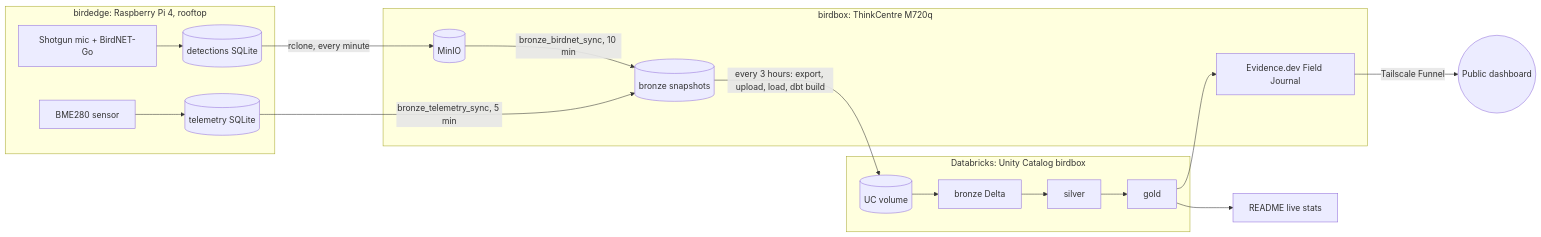
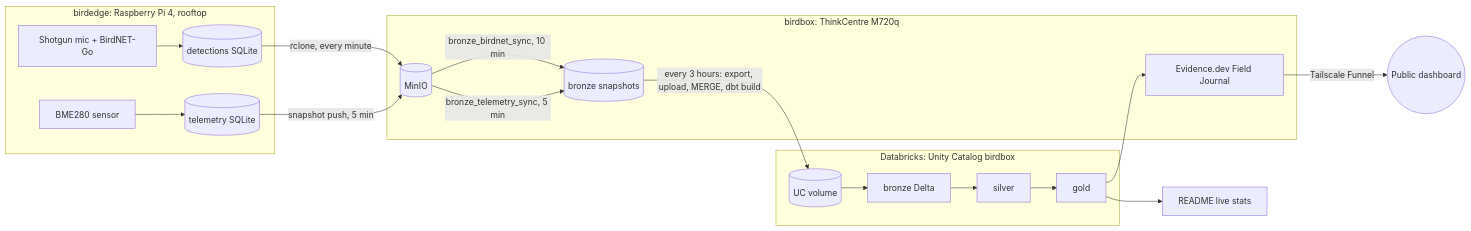
The diagram in README.md (ndataops/birdbox), drawn with Mermaid before and after one commit. The commit also changed other lines of this file and 1 other file, not shown here.

Commit message:
docs: document MERGE bronze load; lessons 11-12; fix telemetry path in diagram

````diff
--- a/README.md
+++ b/README.md
@@ -55,22 +55,23 @@
 ```mermaid
 flowchart LR
   subgraph edge["birdedge: Raspberry Pi 4, rooftop"]
     mic["Shotgun mic + BirdNET-Go"] --> det[("detections SQLite")]
     bme["BME280 sensor"] --> tel[("telemetry SQLite")]
   end
   subgraph box["birdbox: ThinkCentre M720q"]
     minio[("MinIO")]
     snap[("bronze snapshots")]
     ev["Evidence.dev Field Journal"]
   end
   subgraph dbx["Databricks: Unity Catalog birdbox"]
     vol[("UC volume")] --> b["bronze Delta"] --> s["silver"] --> g["gold"]
   end
   det -- "rclone, every minute" --> minio
   minio -- "bronze_birdnet_sync, 10 min" --> snap
-  tel -- "bronze_telemetry_sync, 5 min" --> snap
-  snap -- "every 3 hours: export, upload, load, dbt build" --> vol
+  tel -- "snapshot push, 5 min" --> minio
+  minio -- "bronze_telemetry_sync, 5 min" --> snap
+  snap -- "every 3 hours: export, upload, MERGE, dbt build" --> vol
   g --> ev
   g --> readme["README live stats"]
   ev -- "Tailscale Funnel" --> pub(("Public dashboard"))
 ```
````
